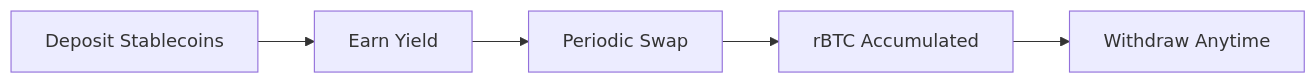
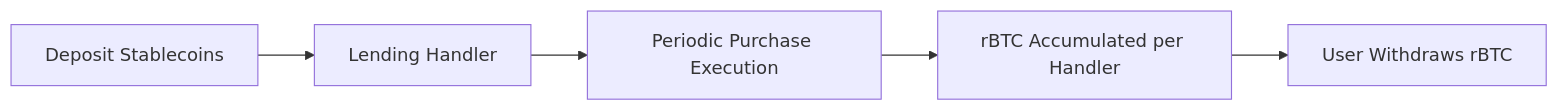
One commit to BitChillRSK/docs changed the diagram in docs/intro.md. Above: the diagram before and after it, drawn with Mermaid. The commit also changed other lines of this file and 15 other files, not shown here.

````diff
--- a/docs/intro.md
+++ b/docs/intro.md
@@ -22,7 +20,7 @@
 ```mermaid
 flowchart LR
-    A[Deposit Stablecoins] --> B[Earn Yield]
-    B --> C[Periodic Swap]
-    C --> D[rBTC Accumulated]
-    D --> E[Withdraw Anytime]
+    A[Deposit Stablecoins] --> B[Lending Handler]
+    B --> C[Periodic Purchase Execution]
+    C --> D[rBTC Accumulated per Handler]
+    D --> E[User Withdraws rBTC]
 ```
````
